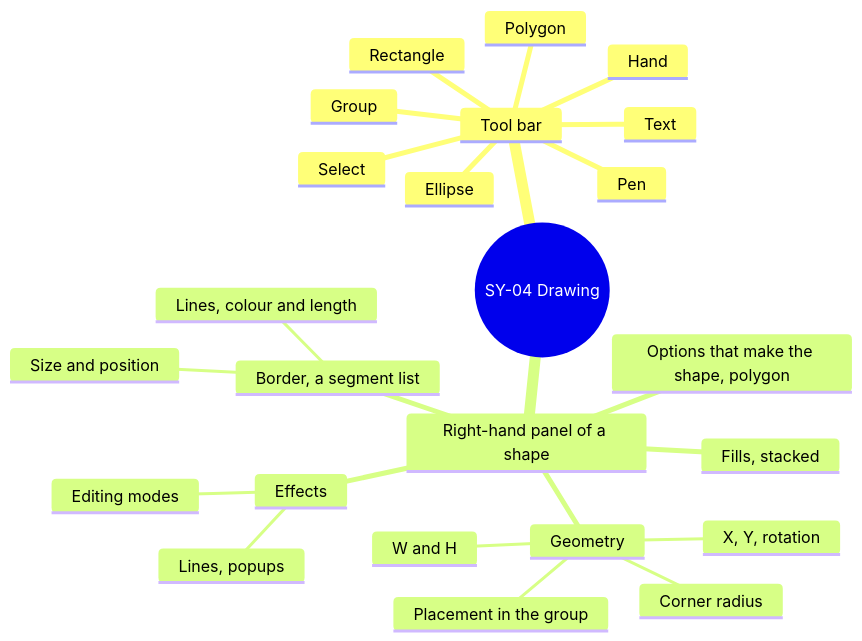
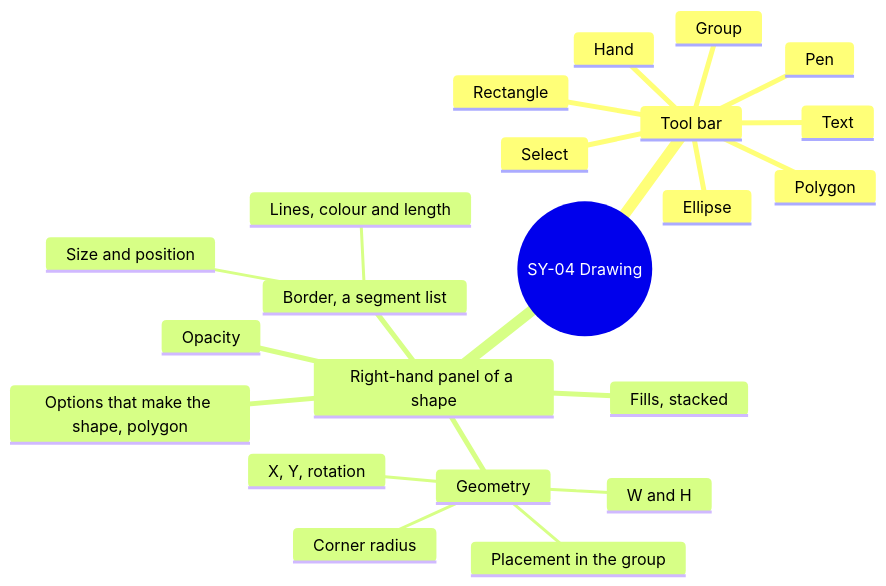
One commit to AlexandreGallais/synoptic-studio-spec changed the sixth of 15 diagrams in screens/symbols.md. Above: the diagram before and after it, drawn with Mermaid. The commit also changed other lines of this file and 18 other files, not shown here.

````diff
--- a/screens/symbols.md
+++ b/screens/symbols.md
@@ -180,27 +178,25 @@
 ```mermaid
 mindmap
   root((SY-04 Drawing))
     Tool bar
       Select
       Hand
       Group
       Rectangle
       Ellipse
       Polygon
       Pen
       Text
     Right-hand panel of a shape
       Options that make the shape, polygon
       Geometry
         W and H
         X, Y, rotation
         Placement in the group
         Corner radius
       Fills, stacked
       Border, a segment list
         Lines, colour and length
         Size and position
-      Effects
-        Lines, popups
-        Editing modes
+      Opacity
 ```
````
